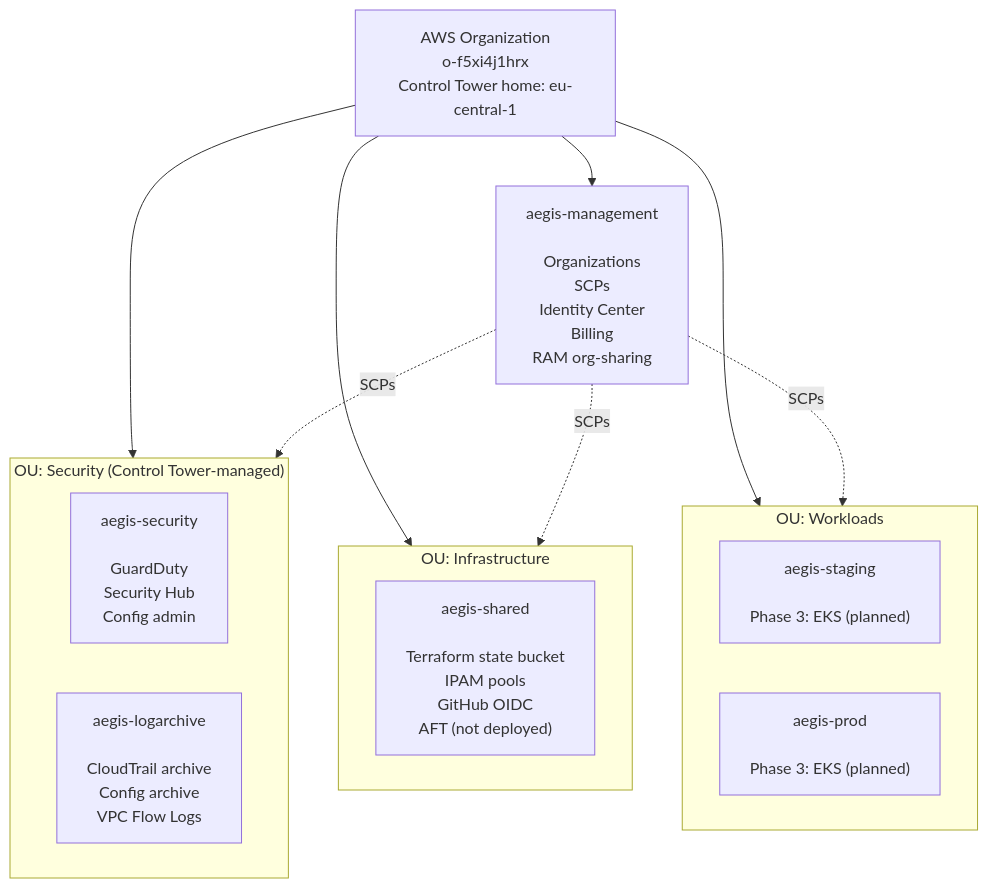
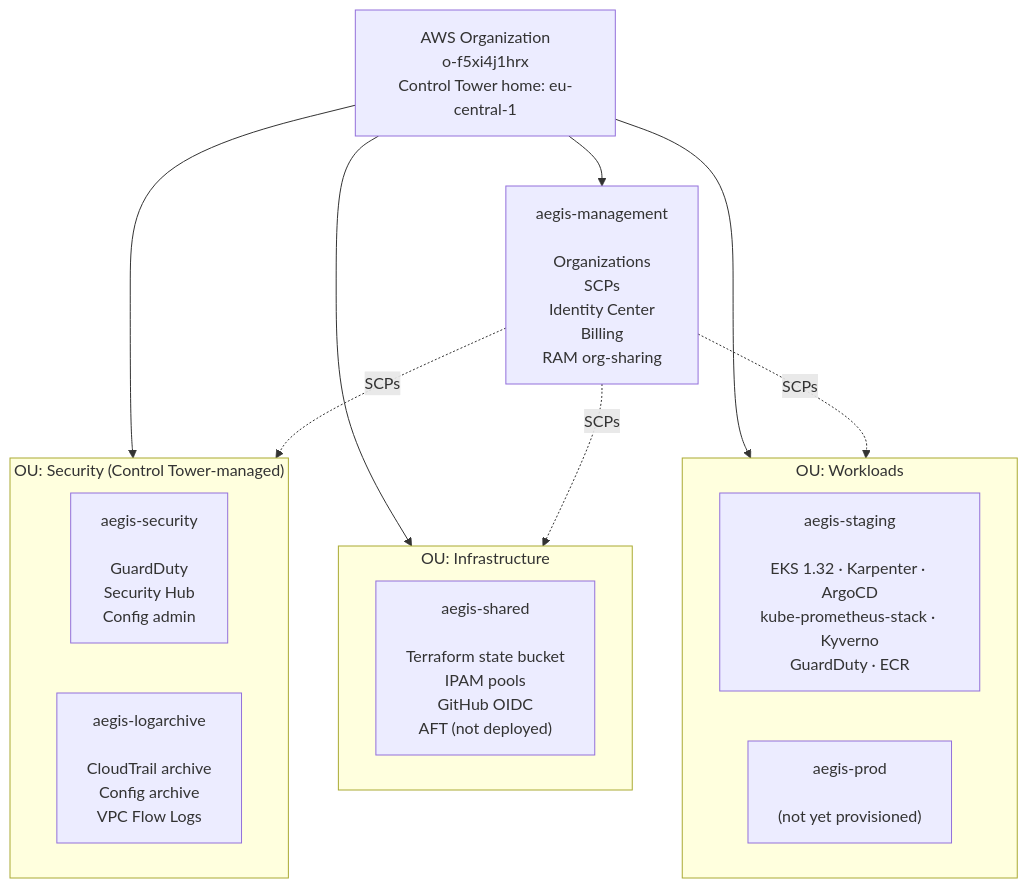
Before and after one commit to BinHsu/aegis-aws-landing-zone: the first of 5 diagrams in docs/architecture.md, drawn with Mermaid. The commit also changed 2 other files, not shown here.

Commit message:
docs: session-close drift cleanup — phase4, design-narrative, architecture
phase4.md: added update footer (4a'/4b/4c shipped, ADRs 014-017, PRs)
design-narrative.md: replaced hardcoded "13 ADRs" with link-based refs
architecture.md: staging Mermaid node updated from "Phase 3: EKS (planned)"
  to live stack (EKS, Karpenter, ArgoCD, kube-prometheus-stack, Kyverno)

Triggered by session-close-review marker scan.

````diff
--- a/docs/architecture.md
+++ b/docs/architecture.md
@@ -14,28 +14,28 @@
 ```mermaid
 flowchart TB
   Org["AWS Organization<br/>o-f5xi4j1hrx<br/>Control Tower home: eu-central-1"]
 
   Mgmt["aegis-management<br/><br/>Organizations<br/>SCPs<br/>Identity Center<br/>Billing<br/>RAM org-sharing"]
 
   subgraph Security["OU: Security (Control Tower-managed)"]
     Sec["aegis-security<br/><br/>GuardDuty<br/>Security Hub<br/>Config admin"]
     Log["aegis-logarchive<br/><br/>CloudTrail archive<br/>Config archive<br/>VPC Flow Logs"]
   end
 
   subgraph Infra["OU: Infrastructure"]
     Shared["aegis-shared<br/><br/>Terraform state bucket<br/>IPAM pools<br/>GitHub OIDC<br/>AFT (not deployed)"]
   end
 
   subgraph Work["OU: Workloads"]
-    Stg["aegis-staging<br/><br/>Phase 3: EKS (planned)"]
-    Prd["aegis-prod<br/><br/>Phase 3: EKS (planned)"]
+    Stg["aegis-staging<br/><br/>EKS 1.32 · Karpenter · ArgoCD<br/>kube-prometheus-stack · Kyverno<br/>GuardDuty · ECR"]
+    Prd["aegis-prod<br/><br/>(not yet provisioned)"]
   end
 
   Org --> Mgmt
   Org --> Security
   Org --> Infra
   Org --> Work
   Mgmt -. SCPs .-> Security
   Mgmt -. SCPs .-> Infra
   Mgmt -. SCPs .-> Work
 ```
````
